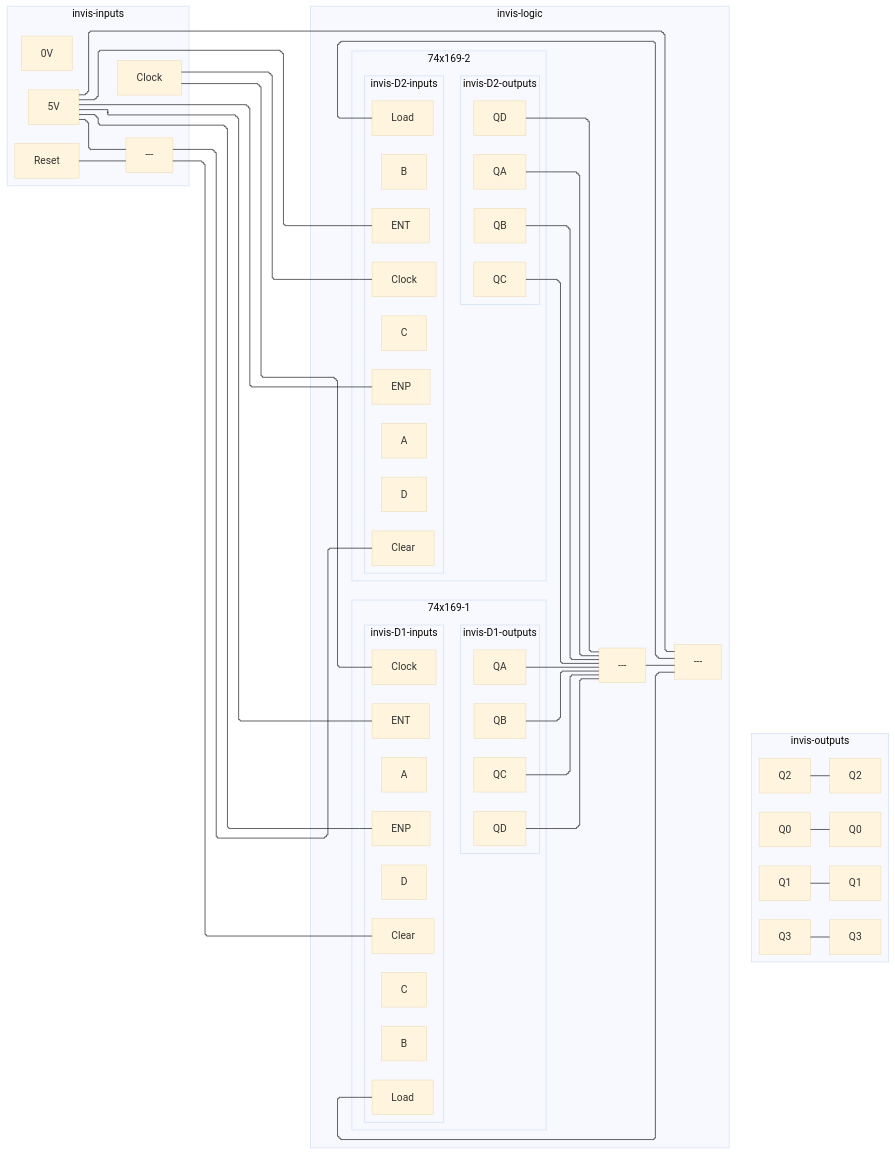
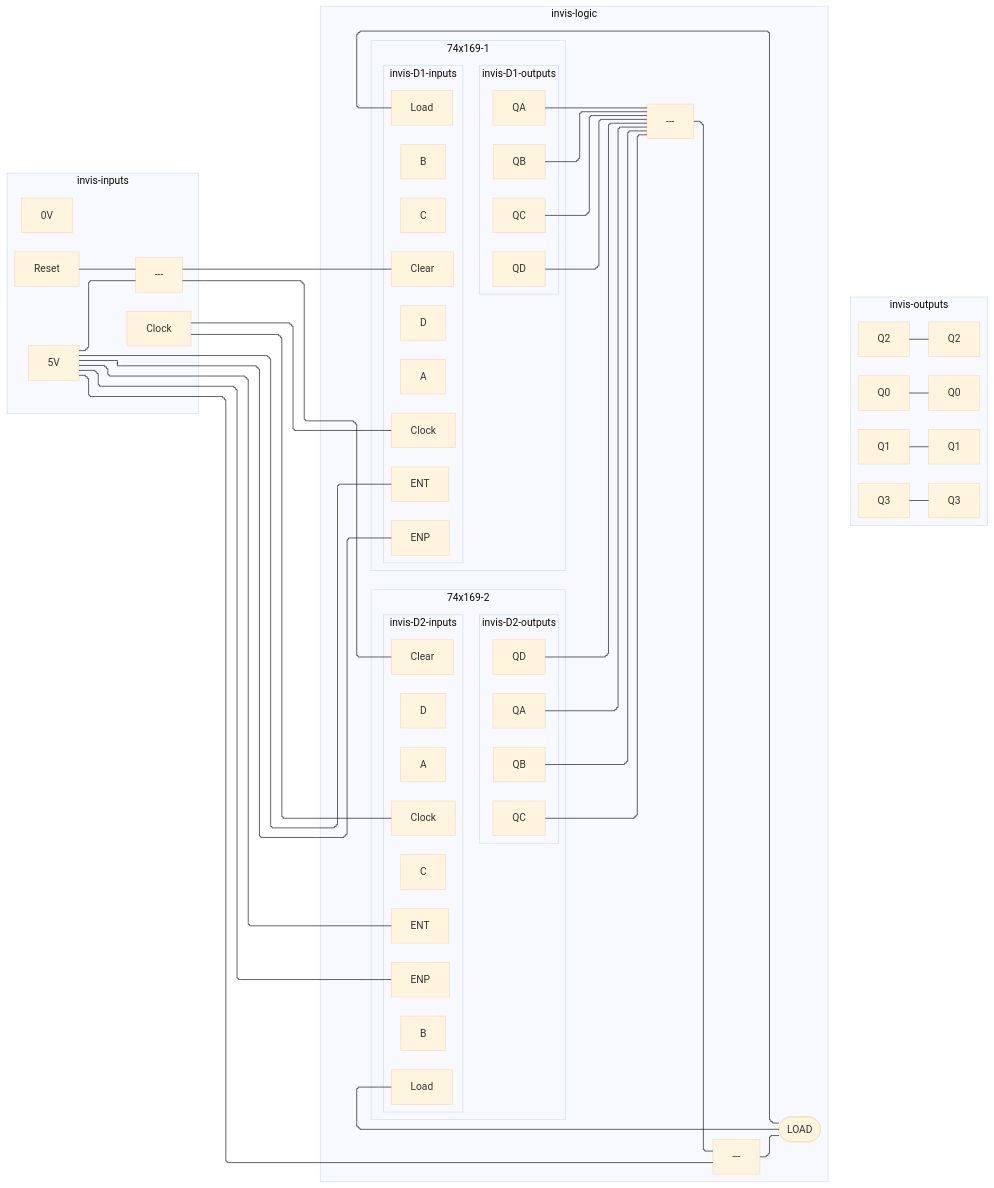
Before and after one commit to tnichols217/notes: the seventh of 7 diagrams in CSDS 281 - Logic Design/HW/8/Tables.md, drawn with Mermaid (base theme).

Commit message:
vault backup: 2024-04-05 01:37:51

````diff
--- a/CSDS 281 - Logic Design/HW/8/Tables.md
+++ b/CSDS 281 - Logic Design/HW/8/Tables.md
@@ -327,70 +327,71 @@
 ```mermaid
 %%{ init: { 'flowchart': { 'curve': 'stepBefore', "defaultRenderer": "elk" } } }%%
 flowchart LR
 subgraph invis-inputs
 	Clock
 	5V
 	0V
 	Reset
 	Reset & 5V --- xor1[---]
 end
 subgraph invis-logic
 	subgraph 74x169-1
 		subgraph invis-D1-inputs
 			D1c[Clock]
 			D1CLR[Clear]
 			D1LD[Load]
 			D1ENP[ENP]
 			D1ENT[ENT]
 			D1A[A]
 			D1B[B]
 			D1C[C]
 			D1D[D]
 		end
 		Clock --- D1c
 		xor1 --- D1CLR
 		subgraph invis-D1-outputs
 			Q1A[QA]
 			Q1B[QB]
 			Q1C[QC]
 			Q1D[QD]
 		end
 		invis-D1-inputs ~~~ invis-D1-outputs
 	end
 	subgraph 74x169-2
 		subgraph invis-D2-inputs
 			D2c[Clock]
 			D2CLR[Clear]
 			D2LD[Load]
 			D2ENP[ENP]
 			D2ENT[ENT]
 			D2A[A]
 			D2B[B]
 			D2C[C]
 			D2D[D]
 		end
 		Clock --- D2c
 		xor1 --- D2CLR
 		subgraph invis-D2-outputs
 			Q2A[QA]
 			Q2B[QB]
 			Q2C[QC]
 			Q2D[QD]
 		end
 		invis-D2-inputs ~~~ invis-D2-outputs
 	end
 	5V --- D1ENP & D1ENT
 	5V --- D2ENP & D2ENT
 	Q1A & Q1B & Q1C & Q1D & Q2A & Q2B & Q2C & Q2D
 		--- nor1[---]
 	5V & nor1 --- xor2[---]
-	xor2 --- D1LD & D2LD
+	xor2 --- RLD([LOAD])
+	RLD --- D1LD & D2LD
 end
 subgraph invis-outputs
 	Q0 --- Q0O[Q0]
 	Q1 --- Q1O[Q1]
 	Q2 --- Q2O[Q2]
 	Q3 --- Q3O[Q3]
 end
 invis-inputs ~~~ invis-logic ~~~ invis-outputs
 ```
````
